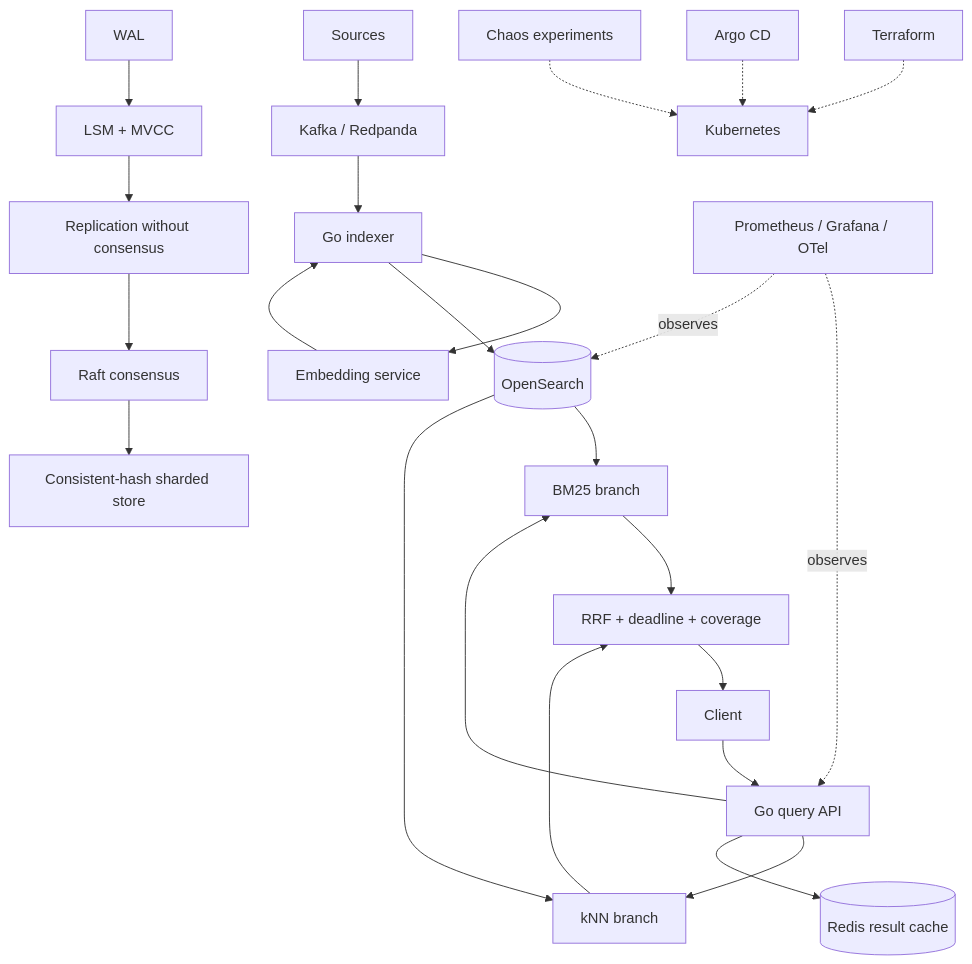
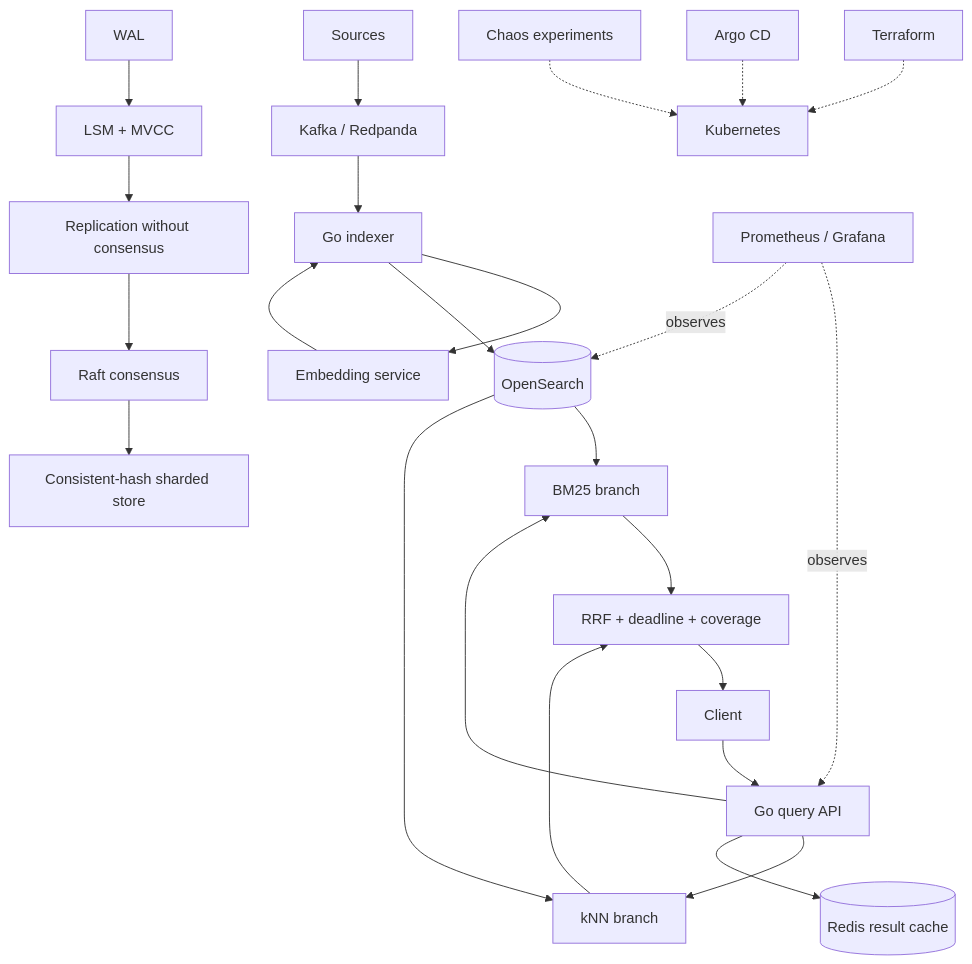
The diagram in docs/ARCHITECTURE.md (nickemma/lattice), drawn with Mermaid before and after one commit. The commit also changed other lines of this file and 70 other files, not shown here.

````diff
--- a/docs/ARCHITECTURE.md
+++ b/docs/ARCHITECTURE.md
@@ -5,29 +5,29 @@
 ```mermaid
 flowchart TB
   WAL[WAL] --> LSM[LSM + MVCC]
   LSM --> UNSAFE[Replication without consensus]
   UNSAFE --> RAFT[Raft consensus]
   RAFT --> SHARD[Consistent-hash sharded store]
 
   SOURCE[Sources] --> KAFKA[Kafka / Redpanda]
   KAFKA --> INDEXER[Go indexer]
   INDEXER --> EMBED[Embedding service]
   EMBED --> INDEXER
   INDEXER --> OS[(OpenSearch)]
 
   CLIENT[Client] --> API[Go query API]
   API --> BM25[BM25 branch]
   API --> KNN[kNN branch]
   BM25 --> RRF[RRF + deadline + coverage]
   KNN --> RRF
   OS --> BM25
   OS --> KNN
   API --> CACHE[(Redis result cache)]
   RRF --> CLIENT
 
   TF[Terraform] -.-> K8S[Kubernetes]
   ARGO[Argo CD] -.-> K8S
-  OBS[Prometheus / Grafana / OTel] -. observes .-> API
+  OBS[Prometheus / Grafana] -. observes .-> API
   OBS -. observes .-> OS
   CHAOS[Chaos experiments] -.-> K8S
 ```
````
